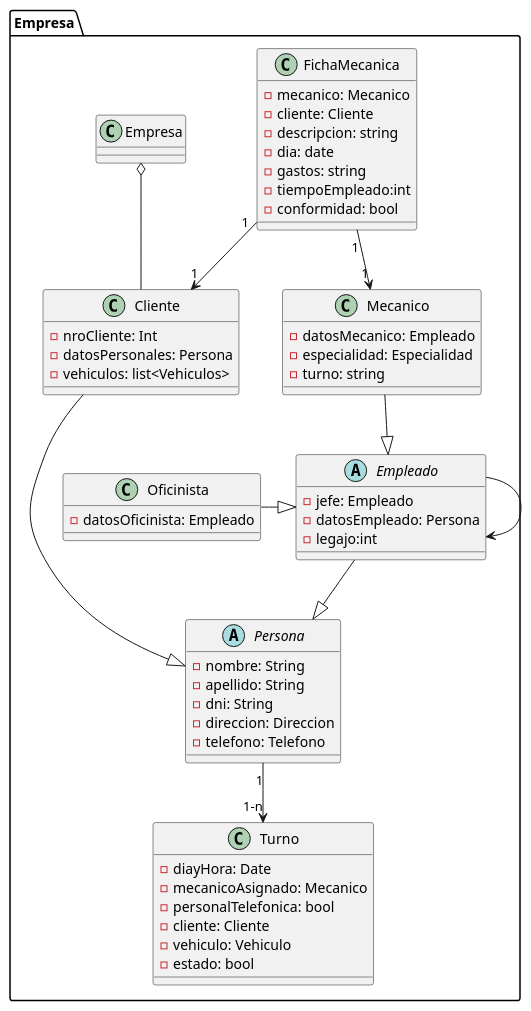
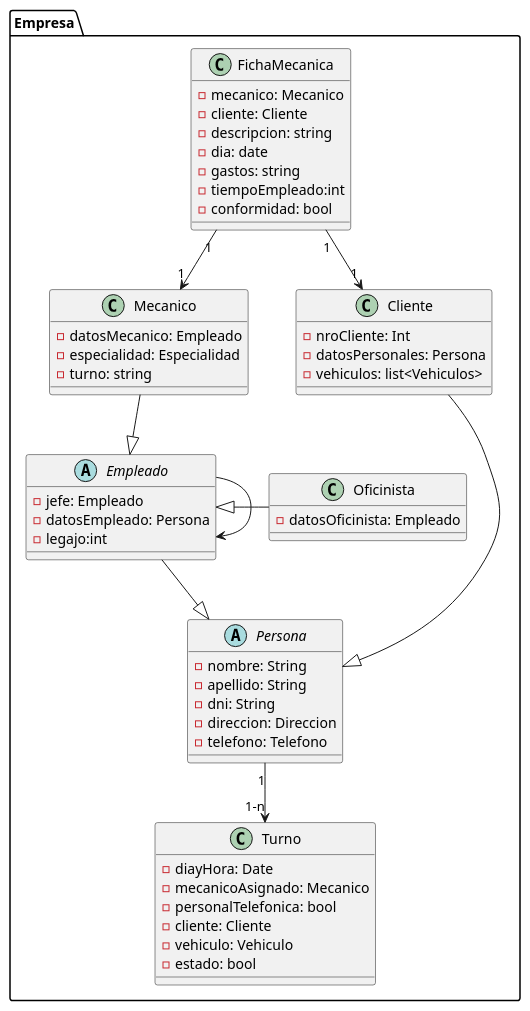
The diagram in Finalv2/PUMLs/Diagrama de Clases/DiagramadeClases.puml (TomasAlvarez78/FinalDOO), drawn with PlantUML before and after one commit.

Commit message:
Diagrama de Base de Datos2

```diff
--- a/Finalv2/PUMLs/Diagrama de Clases/DiagramadeClases.puml
+++ b/Finalv2/PUMLs/Diagrama de Clases/DiagramadeClases.puml
@@ -1,75 +1,73 @@
 @startuml Empresa
 package Empresa{
 
     'hide empty methods
 
     Abstract Class Persona{
         -nombre: String
         -apellido: String
         -dni: String
         -direccion: Direccion
         -telefono: Telefono
    }
 
     Abstract Class Empleado{
         -jefe: Empleado
         -datosEmpleado: Persona
         -legajo:int
     }
     
     Class Mecanico{
         -datosMecanico: Empleado
         -especialidad: Especialidad
 	-turno: string
     }
 
     Class Oficinista{
         -datosOficinista: Empleado
      } 
 
     'Hija de Persona
     Class Cliente{
         -nroCliente: Int
         -datosPersonales: Persona
         -vehiculos: list<Vehiculos>
     }
 
 
     Class Turno{
        -diayHora: Date
        -mecanicoAsignado: Mecanico
        -personalTelefonica: bool
        -cliente: Cliente
        -vehiculo: Vehiculo
        -estado: bool
     }
 
     Class FichaMecanica{
         -mecanico: Mecanico
         -cliente: Cliente
         -descripcion: string
         -dia: date
         -gastos: string
         -tiempoEmpleado:int
         -conformidad: bool
     }
     
     'Relaciones
     
-    Empresa o-- Cliente
-
     Persona "1" --> "1-n" Turno
     
     Cliente --|> Persona
     
     Empleado --> Empleado
     Empleado --|> Persona
     
     Mecanico --|> Empleado
 	Oficinista -right-|> Empleado
     
     FichaMecanica "1" --> "1" Mecanico
     FichaMecanica "1" --> "1" Cliente
 
 }
 @enduml
```
